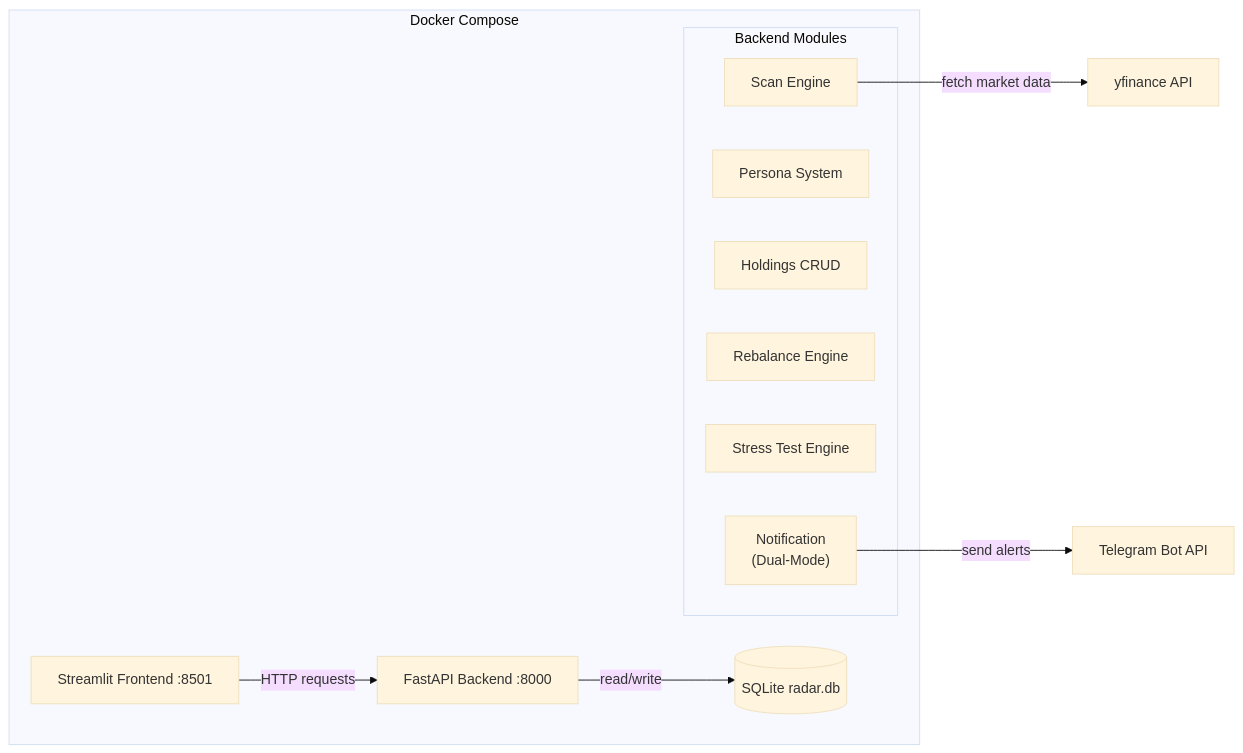
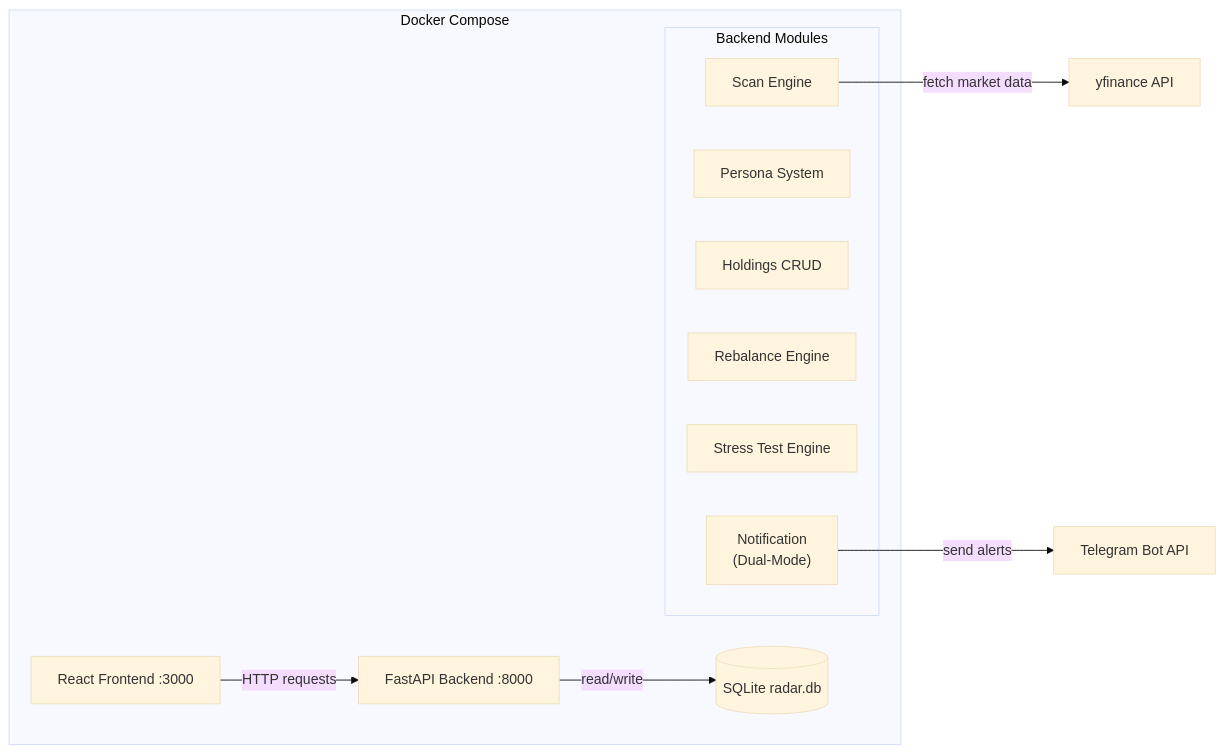
The second of 3 diagrams in README.md (azusa152/azusa-stock), drawn with Mermaid (base theme) before and after one commit. The commit also changed other lines of this file and 48 other files, not shown here.

````diff
--- a/README.md
+++ b/README.md
@@ -122,22 +122,22 @@
 ```mermaid
 graph LR
   subgraph docker [Docker Compose]
-    FE["Streamlit Frontend :8501"]
+    FE["React Frontend :3000"]
     BE["FastAPI Backend :8000"]
     DB[("SQLite radar.db")]
     subgraph backend [Backend Modules]
       SCAN["Scan Engine"]
       PERSONA["Persona System"]
       HOLDINGS["Holdings CRUD"]
       REBALANCE["Rebalance Engine"]
       STRESS["Stress Test Engine"]
       NOTIFY["Notification\n(Dual-Mode)"]
     end
   end
   YF["yfinance API"]
   TG["Telegram Bot API"]
   FE -->|"HTTP requests"| BE
   BE -->|"read/write"| DB
   SCAN -->|"fetch market data"| YF
   NOTIFY -->|"send alerts"| TG
 ```
````
